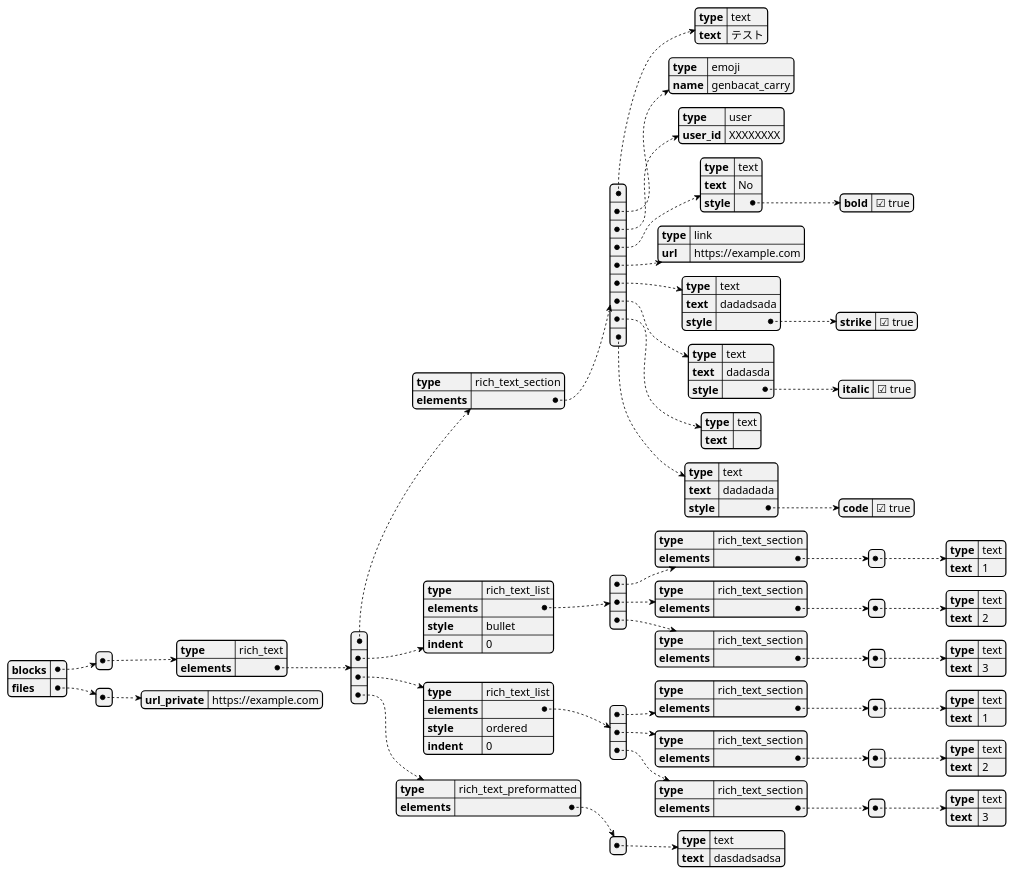
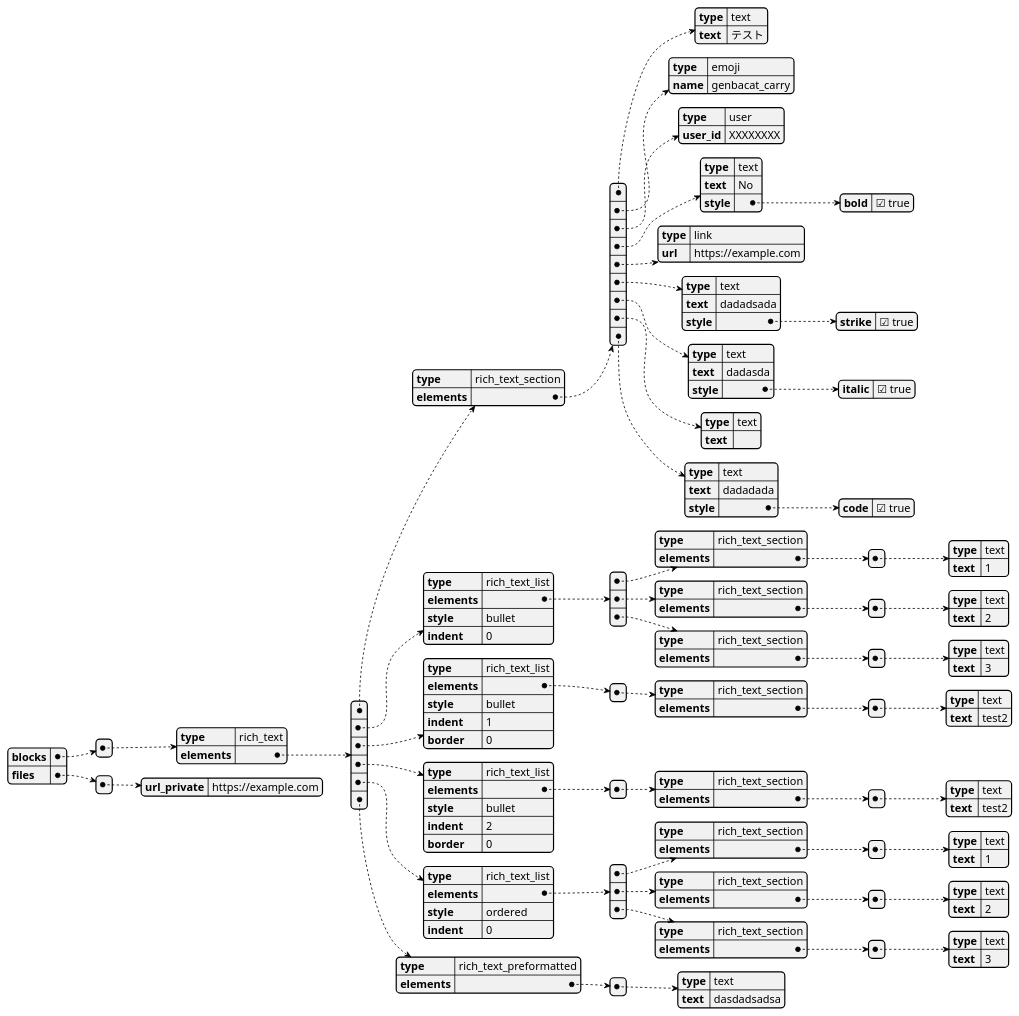
One commit to A-yum3/slack-pdf-bot changed the diagram in doc/message_pattern.puml. Above: the diagram before and after it, drawn with PlantUML. The commit also changed 1 other file, not shown here.

```diff
--- a/doc/message_pattern.puml
+++ b/doc/message_pattern.puml
@@ -1,148 +1,182 @@
 @startjson
 
 {
   "blocks": [
     {
       "type": "rich_text",
       "elements": [
         {
           "type": "rich_text_section",
           "elements": [
             {
               "type": "text",
               "text": "テスト"
             },
             {
               "type": "emoji",
               "name": "genbacat_carry"
             },
             {
               "type": "user",
               "user_id": "XXXXXXXX"
             },
             {
               "type": "text",
               "text": "No",
               "style": {
                 "bold": true
               }
             },
             {
               "type": "link",
               "url": "https://example.com"
             },
             {
               "type": "text",
               "text": "dadadsada",
               "style": {
                 "strike": true
               }
             },
             {
               "type": "text",
               "text": "dadasda",
               "style":{
                 "italic": true
               }
             },
             {
               "type": "text",
               "text": "\n"
             },
             {
               "type": "text",
               "text": "dadadada",
               "style": {
                 "code": true
               }
             }
           ]
         },
         {
           "type": "rich_text_list",
           "elements": [
             {
               "type": "rich_text_section",
               "elements": [
                 {
                   "type": "text",
                   "text": "1"
                 }
               ]
             },
             {
               "type": "rich_text_section",
               "elements": [
                 {
                   "type": "text",
                   "text": "2"
                 }
               ]
             },
             {
               "type": "rich_text_section",
               "elements": [
                 {
                   "type": "text",
                   "text": "3"
                 }
               ]
             }
           ],
           "style": "bullet",
           "indent": 0
         },
         {
+            "type": "rich_text_list",
+            "elements": [
+                {
+                    "type": "rich_text_section",
+                    "elements": [
+                        {
+                            "type": "text",
+                            "text": "test2"
+                        }
+                    ]
+                }
+            ],
+            "style": "bullet",
+            "indent": 1,
+            "border": 0
+        },
+        {
+            "type": "rich_text_list",
+            "elements": [
+                {
+                    "type": "rich_text_section",
+                    "elements": [
+                        {
+                            "type": "text",
+                            "text": "test2"
+                        }
+                    ]
+                }
+            ],
+            "style": "bullet",
+            "indent": 2,
+            "border": 0
+        },
+        {
           "type": "rich_text_list",
           "elements": [
             {
               "type": "rich_text_section",
               "elements": [
                 {
                   "type": "text",
                   "text": "1"
                 }
               ]
             },
             {
               "type": "rich_text_section",
               "elements": [
                 {
                   "type": "text",
                   "text": "2"
                 }
               ]
             },
             {
               "type": "rich_text_section",
               "elements": [
                 {
                   "type": "text",
                   "text": "3"
                 }
               ]
             }
           ],
           "style": "ordered",
           "indent": 0
         },
         {
           "type": "rich_text_preformatted",
           "elements": [
             {
               "type": "text",
               "text": "dasdadsadsa"
             }
           ]
         }
       ]
     }
   ],
   "files": [
     {
       "url_private": "https://example.com"
     }
   ]
 }
 
 @endjson
```
